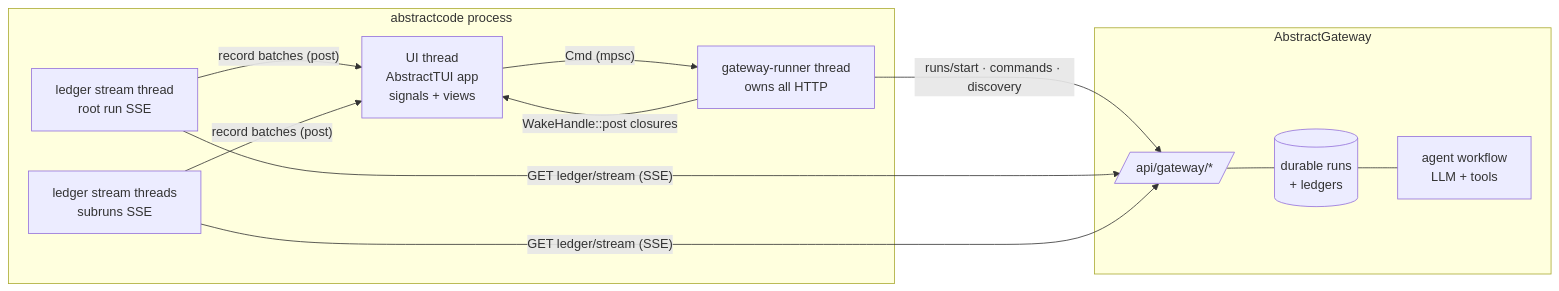
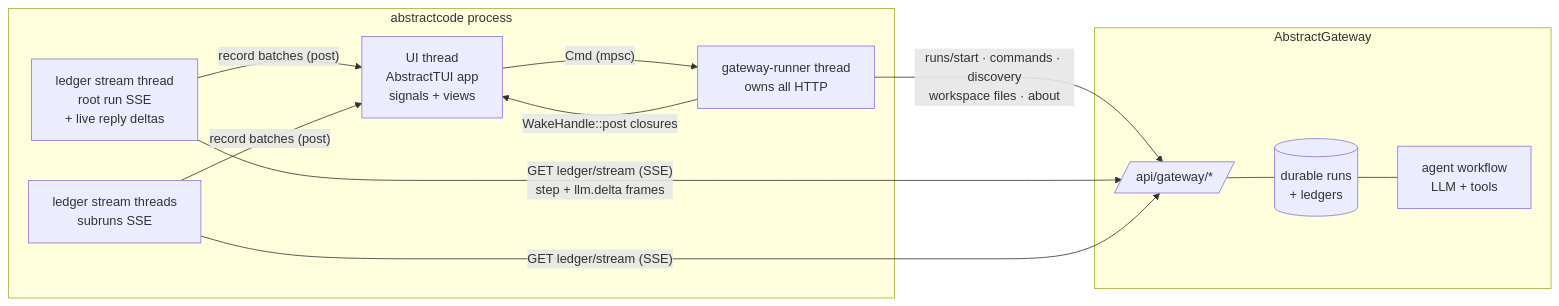
One commit to lpalbou/AbstractCode changed the first of 3 diagrams in tui/docs/architecture.md. Above: the diagram before and after it, drawn with Mermaid. The commit also changed other lines of this file and 24 other files, not shown here.

````diff
--- a/tui/docs/architecture.md
+++ b/tui/docs/architecture.md
@@ -11,23 +11,23 @@
 ```mermaid
 flowchart LR
   subgraph terminal [abstractcode process]
     UI[UI thread<br/>AbstractTUI app<br/>signals + views]
     W[gateway-runner thread<br/>owns all HTTP]
-    S1[ledger stream thread<br/>root run SSE]
+    S1[ledger stream thread<br/>root run SSE<br/>+ live reply deltas]
     S2[ledger stream threads<br/>subruns SSE]
   end
   subgraph gw [AbstractGateway]
     API[/api/gateway/*/]
     RUNS[(durable runs<br/>+ ledgers)]
     AGENT[agent workflow<br/>LLM + tools]
   end
   UI -- "Cmd (mpsc)" --> W
   W -- "WakeHandle::post closures" --> UI
   S1 -- "record batches (post)" --> UI
   S2 -- "record batches (post)" --> UI
-  W -- "runs/start · commands · discovery" --> API
-  S1 -- "GET ledger/stream (SSE)" --> API
+  W -- "runs/start · commands · discovery<br/>workspace files · about" --> API
+  S1 -- "GET ledger/stream (SSE)<br/>step + llm.delta frames" --> API
   S2 -- "GET ledger/stream (SSE)" --> API
   API --- RUNS
   RUNS --- AGENT
 ```
````
